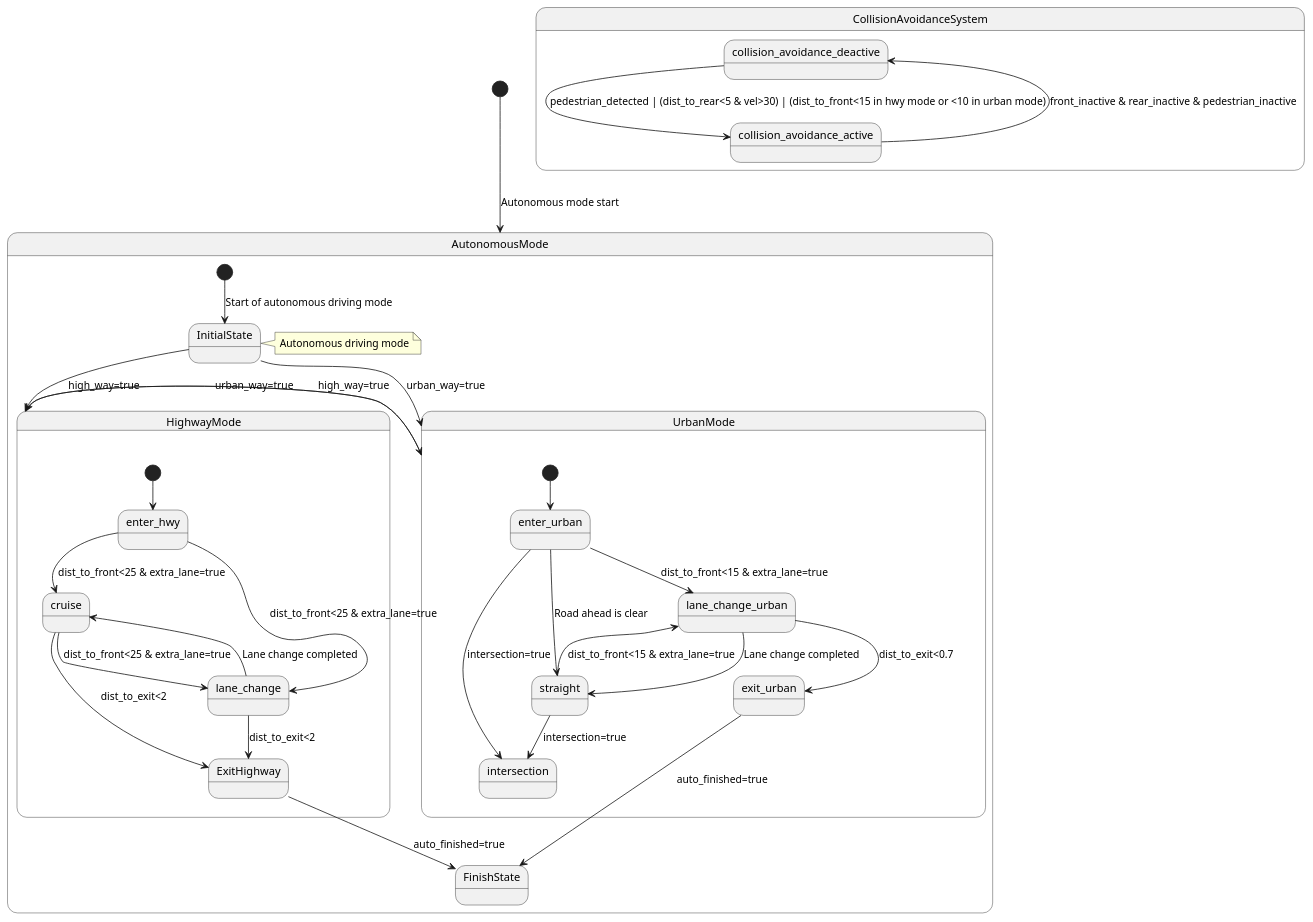
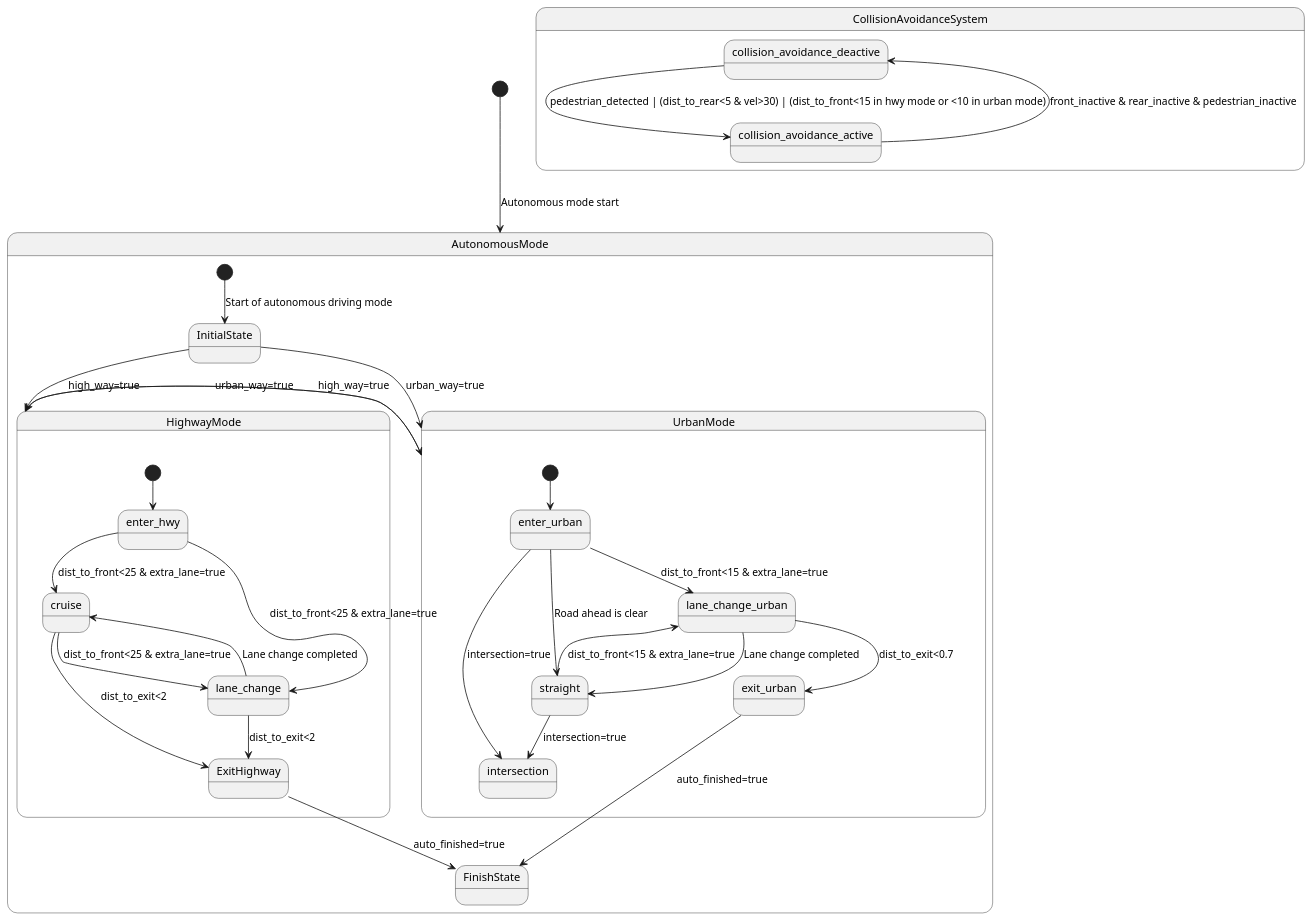
The diagram in project_1_llm_state_machine_modeling/paper_stm_repair/pipeline/representation/reports/llms_emp_r45_java_60/pairs/0019/README.md (HansBug/research_ideas), drawn with PlantUML before and after one commit. The commit also changed other lines of this file and 622 other files, not shown here.

First line of the commit message:
fix(paper1): 切换Phase-II最终池并重建PlantUML转换证据

````diff
--- a/project_1_llm_state_machine_modeling/paper_stm_repair/pipeline/representation/reports/llms_emp_r45_java_60/pairs/0019/README.md
+++ b/project_1_llm_state_machine_modeling/paper_stm_repair/pipeline/representation/reports/llms_emp_r45_java_60/pairs/0019/README.md
@@ -37,46 +85,47 @@
 ```plantuml
 @startuml
 [*] --> AutonomousMode: Autonomous mode start
 state AutonomousMode {
+
 [*] --> InitialState: Start of autonomous driving mode
-note right: Autonomous driving mode
+
 InitialState --> HighwayMode: high_way=true
 InitialState --> UrbanMode: urban_way=true
 
 state HighwayMode {
 [*] --> enter_hwy
 enter_hwy --> cruise: dist_to_front<25 & extra_lane=true
 enter_hwy --> lane_change: dist_to_front<25 & extra_lane=true
 
 cruise --> lane_change: dist_to_front<25 & extra_lane=true
 cruise --> ExitHighway: dist_to_exit<2
 
 lane_change --> cruise: Lane change completed
 lane_change --> ExitHighway: dist_to_exit<2
 }
 ExitHighway --> FinishState: auto_finished=true
 
 state UrbanMode {
 [*] --> enter_urban
 enter_urban --> lane_change_urban: dist_to_front<15 & extra_lane=true
 enter_urban --> straight: Road ahead is clear
 enter_urban --> intersection: intersection=true
 
 lane_change_urban --> straight: Lane change completed
 lane_change_urban --> exit_urban: dist_to_exit<0.7
 
 straight --> intersection: intersection=true
 straight --> lane_change_urban: dist_to_front<15 & extra_lane=true
 }
 exit_urban --> FinishState: auto_finished=true
 
 HighwayMode --> UrbanMode: urban_way=true
 UrbanMode --> HighwayMode: high_way=true
 }
 
 state CollisionAvoidanceSystem {
 collision_avoidance_deactive --> collision_avoidance_active: pedestrian_detected | (dist_to_rear<5 & vel>30) | (dist_to_front<15 in hwy mode or <10 in urban mode)
 collision_avoidance_active --> collision_avoidance_deactive: front_inactive & rear_inactive & pedestrian_inactive
 }
 @enduml
 ```
````
